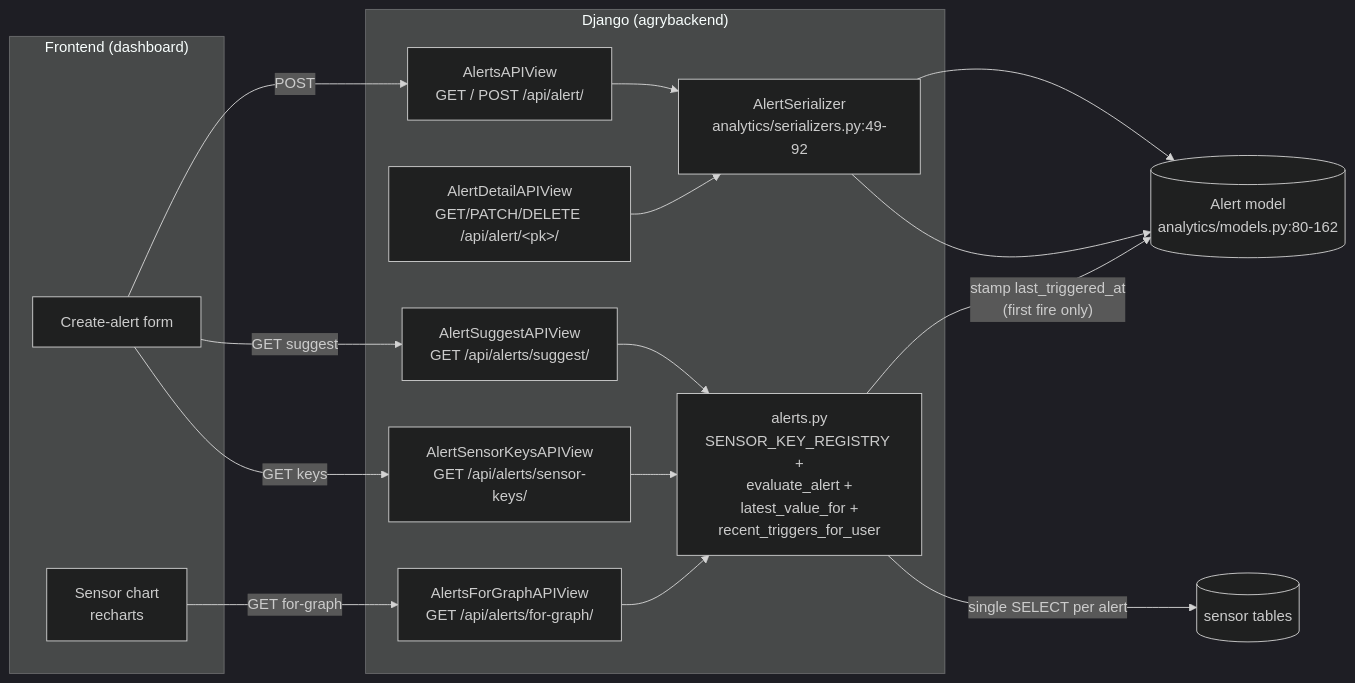
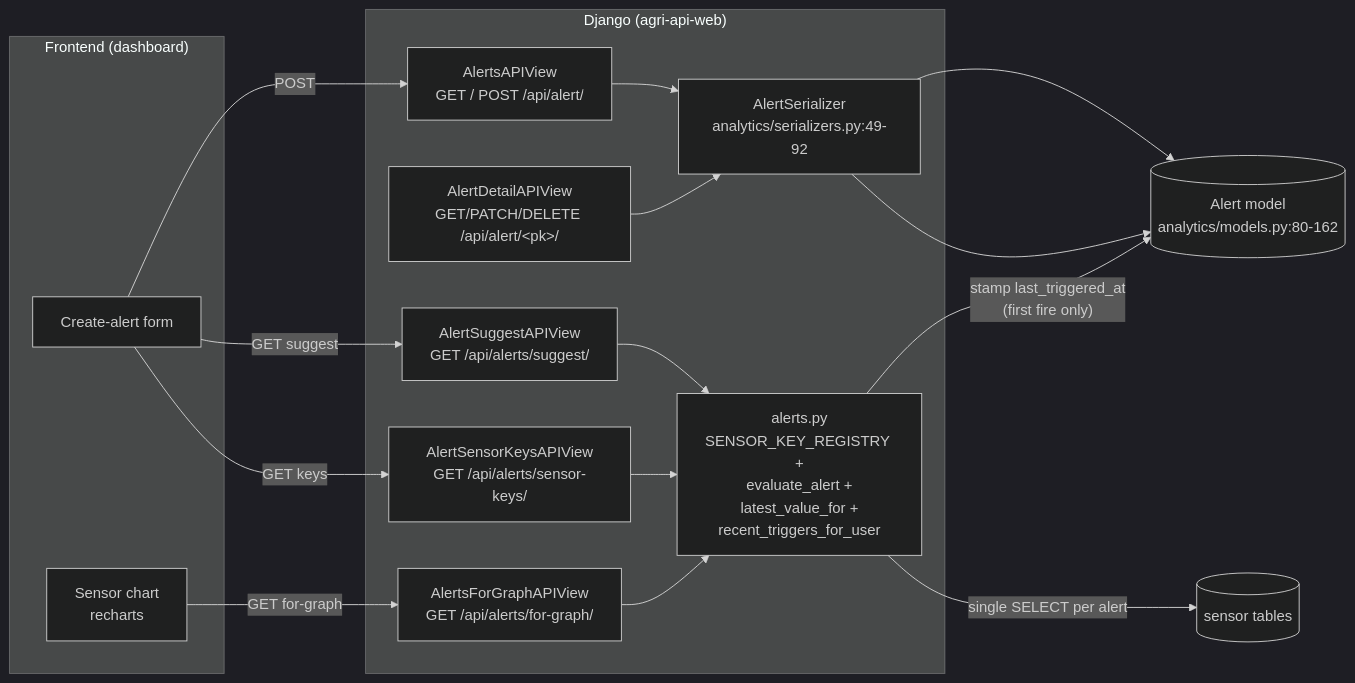
One commit to AgriLogy/agri-api changed the first of 5 diagrams in docs/flows/alerts.md. Above: the diagram before and after it, drawn with Mermaid (dark theme). The commit also changed 9 other files, not shown here.

First line of the commit message:
chore: rename agrilogy-back → agri-api (folder + image tag)

````diff
--- a/docs/flows/alerts.md
+++ b/docs/flows/alerts.md
@@ -51,34 +51,34 @@
 ```mermaid
 graph LR
   subgraph "Frontend (dashboard)"
     Form[Create-alert form]
     Chart[Sensor chart<br/>recharts]
   end
 
-  subgraph "Django (agrybackend)"
+  subgraph "Django (agri-api-web)"
     A_LC[AlertsAPIView<br/>GET / POST /api/alert/]
     A_DT[AlertDetailAPIView<br/>GET/PATCH/DELETE /api/alert/&lt;pk&gt;/]
     A_FG[AlertsForGraphAPIView<br/>GET /api/alerts/for-graph/]
     A_SK[AlertSensorKeysAPIView<br/>GET /api/alerts/sensor-keys/]
     A_SU[AlertSuggestAPIView<br/>GET /api/alerts/suggest/]
     SER[AlertSerializer<br/>analytics/serializers.py:49-92]
     EVAL[alerts.py<br/>SENSOR_KEY_REGISTRY +<br/>evaluate_alert +<br/>latest_value_for +<br/>recent_triggers_for_user]
   end
 
   Alert[(Alert model<br/>analytics/models.py:80-162)]
   PG[(sensor tables)]
 
   Form -- "POST" --> A_LC
   Form -- "GET suggest" --> A_SU
   Form -- "GET keys" --> A_SK
 
   A_LC --> SER --> Alert
   A_DT --> SER --> Alert
   A_SU --> EVAL
   A_SK --> EVAL
 
   Chart -- "GET for-graph" --> A_FG
   A_FG --> EVAL
   EVAL -- "single SELECT per alert" --> PG
   EVAL -- "stamp last_triggered_at<br/>(first fire only)" --> Alert
 ```
````
